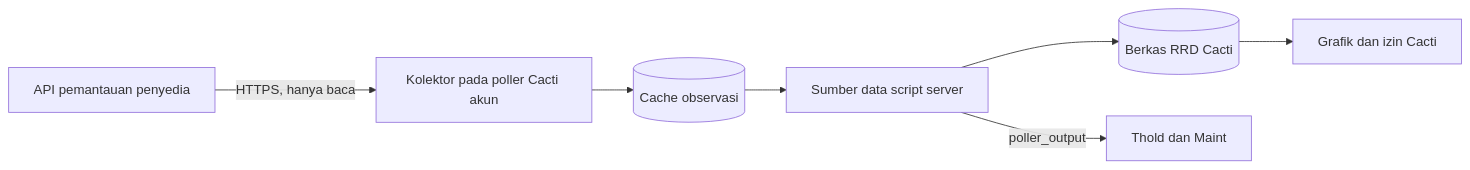
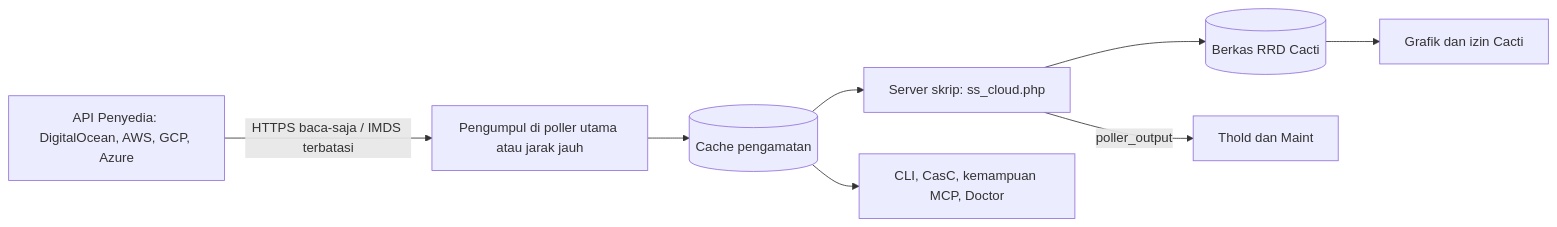
The diagram in docs/i18n/id-ID/README.md (somethingwithproof/plugin_cloud), drawn with Mermaid before and after one commit. The commit also changed other lines of this file and 48 other files, not shown here.

First line of the commit message:
docs(readme): document AWS, GCP, Azure drivers, remote collectors, and ecosystem hooks

````diff
--- a/docs/i18n/id-ID/README.md
+++ b/docs/i18n/id-ID/README.md
@@ -110,9 +148,10 @@
 ```mermaid
 flowchart LR
-    API[API pemantauan penyedia] -->|HTTPS, hanya baca| C[Kolektor pada poller Cacti akun]
-    C --> O[(Cache observasi)]
-    O --> SS[Sumber data script server]
+    API[API Penyedia: DigitalOcean, AWS, GCP, Azure] -->|HTTPS baca-saja / IMDS terbatasi| C[Pengumpul di poller utama atau jarak jauh]
+    C --> O[(Cache pengamatan)]
+    O --> SS[Server skrip: ss_cloud.php]
     SS --> RRD[(Berkas RRD Cacti)]
     SS -->|poller_output| T[Thold dan Maint]
     RRD --> G[Grafik dan izin Cacti]
+    O --> ECO[CLI, CasC, kemampuan MCP, Doctor]
 ```
````
